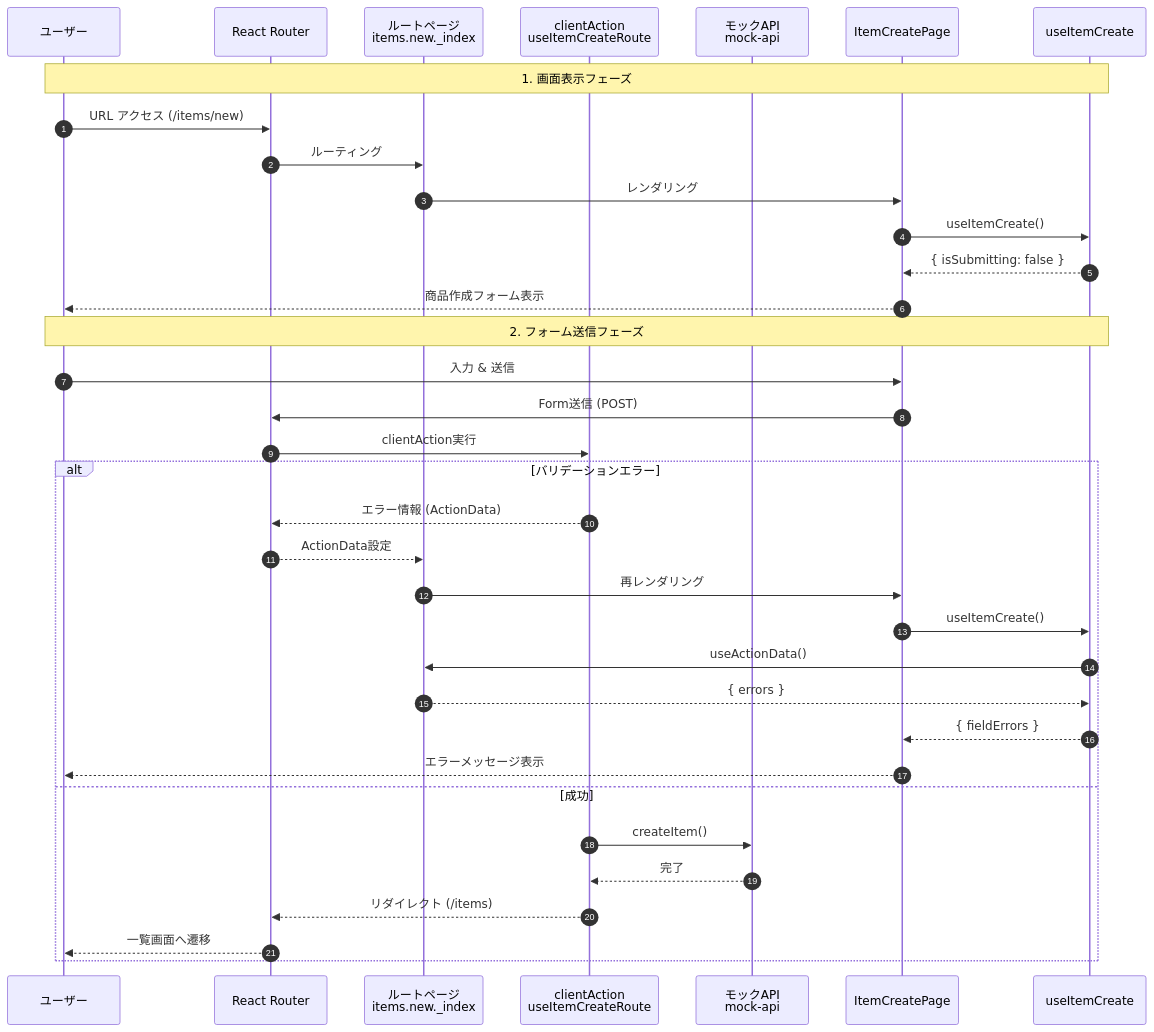
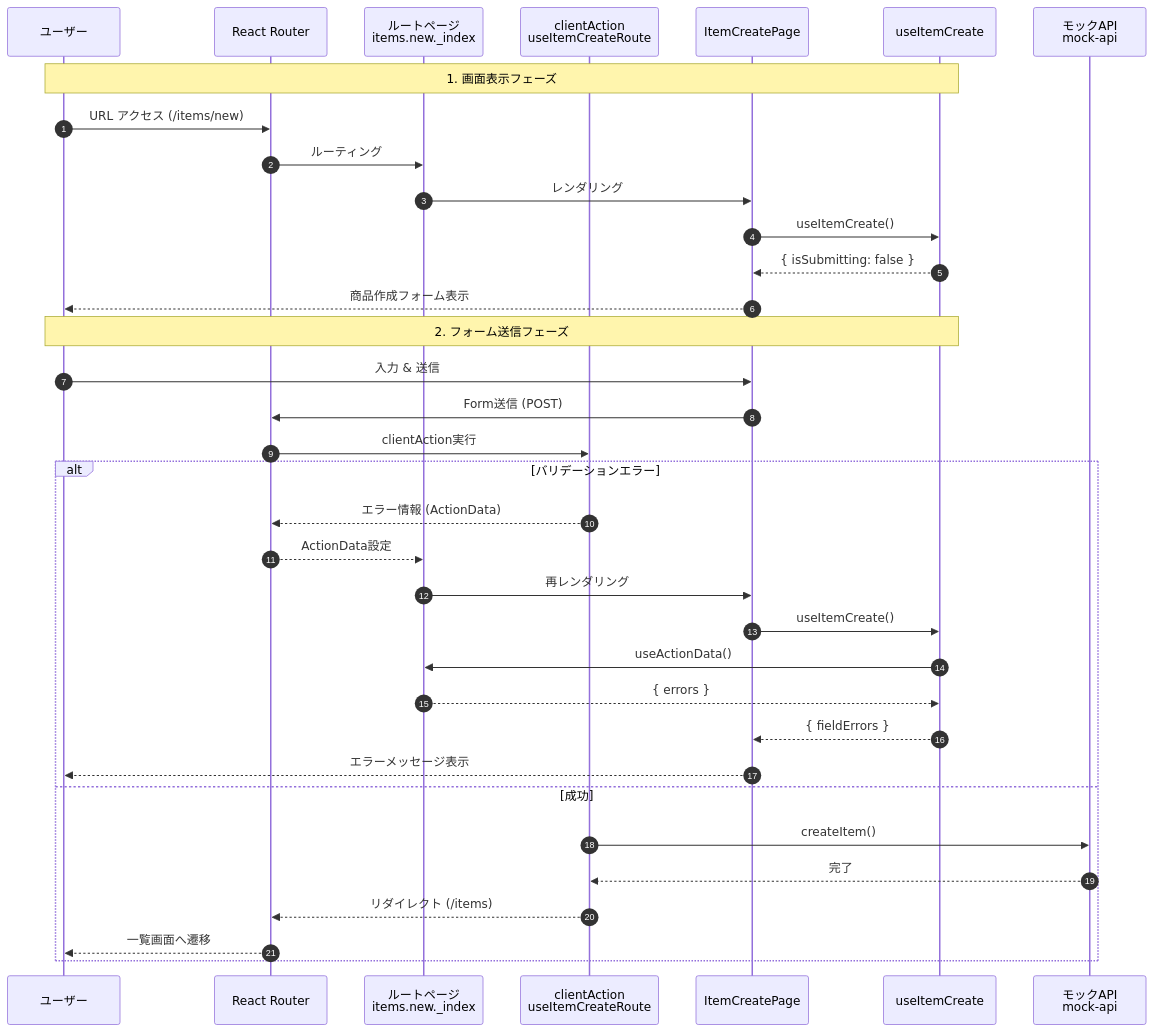
The second of 3 diagrams in docs/guide/5.サンプルアプリ実装.md (daisuke0412/react-sample), drawn with Mermaid before and after one commit. The commit also changed other lines of this file and 7 other files, not shown here.

````diff
--- a/docs/guide/5.サンプルアプリ実装.md
+++ b/docs/guide/5.サンプルアプリ実装.md
@@ -496,40 +496,40 @@
 ```mermaid
 sequenceDiagram
     autonumber
     participant user as ユーザー
     participant ReactRouter as React Router
     participant Route as ルートページ<br>items.new._index
     participant Action as clientAction<br>useItemCreateRoute
-    participant Mock as モックAPI<br>mock-api
     participant Page as ItemCreatePage
     participant Hook as useItemCreate
+    participant Mock as モックAPI<br>mock-api
 
     Note over user, Hook: 1. 画面表示フェーズ
     user->>ReactRouter: URL アクセス (/items/new)
     ReactRouter->>Route: ルーティング
     Route->>Page: レンダリング
     Page->>Hook: useItemCreate()
     Hook-->>Page: { isSubmitting: false }
     Page-->>user: 商品作成フォーム表示
 
     Note over user, Hook: 2. フォーム送信フェーズ
     user->>Page: 入力 & 送信
     Page->>ReactRouter: Form送信 (POST)
     ReactRouter->>Action: clientAction実行
     
     alt バリデーションエラー
         Action-->>ReactRouter: エラー情報 (ActionData)
         ReactRouter-->>Route: ActionData設定
         Route->>Page: 再レンダリング
         Page->>Hook: useItemCreate()
         Hook->>Route: useActionData()
         Route-->>Hook: { errors }
         Hook-->>Page: { fieldErrors }
         Page-->>user: エラーメッセージ表示
     else 成功
         Action->>Mock: createItem()
         Mock-->>Action: 完了
         Action-->>ReactRouter: リダイレクト (/items)
         ReactRouter-->>user: 一覧画面へ遷移
     end
 ```
````
